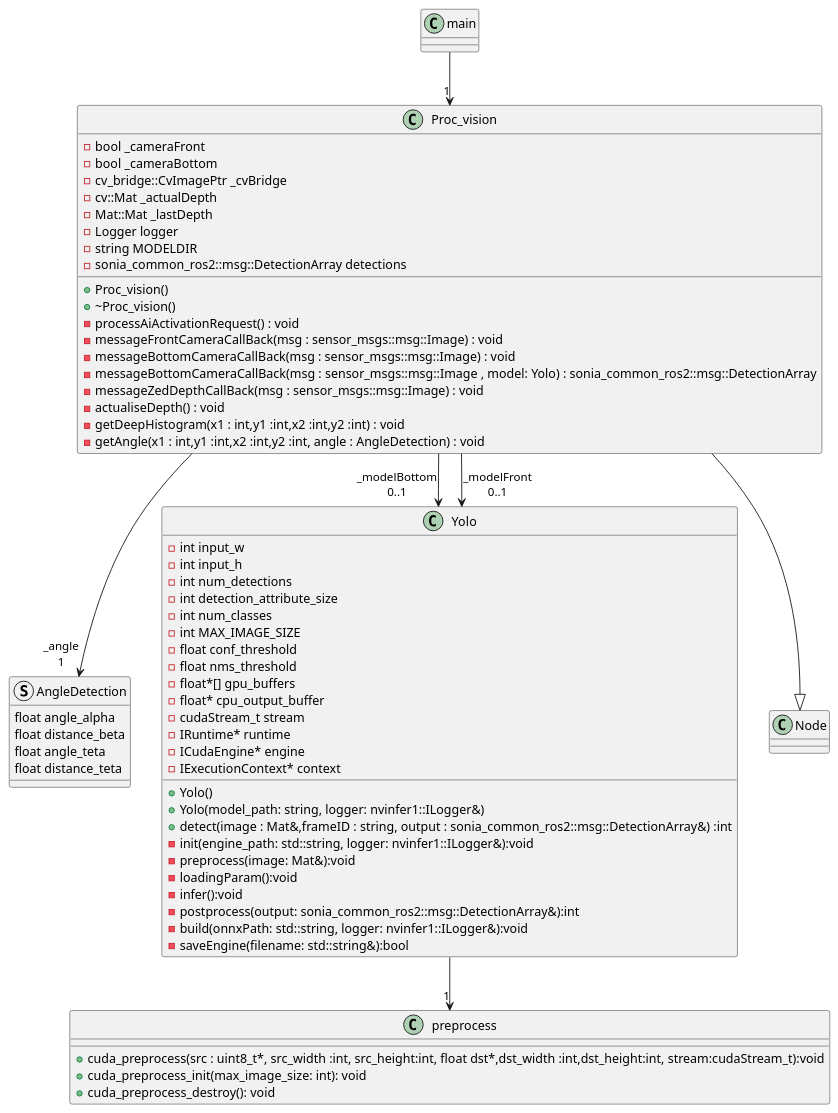
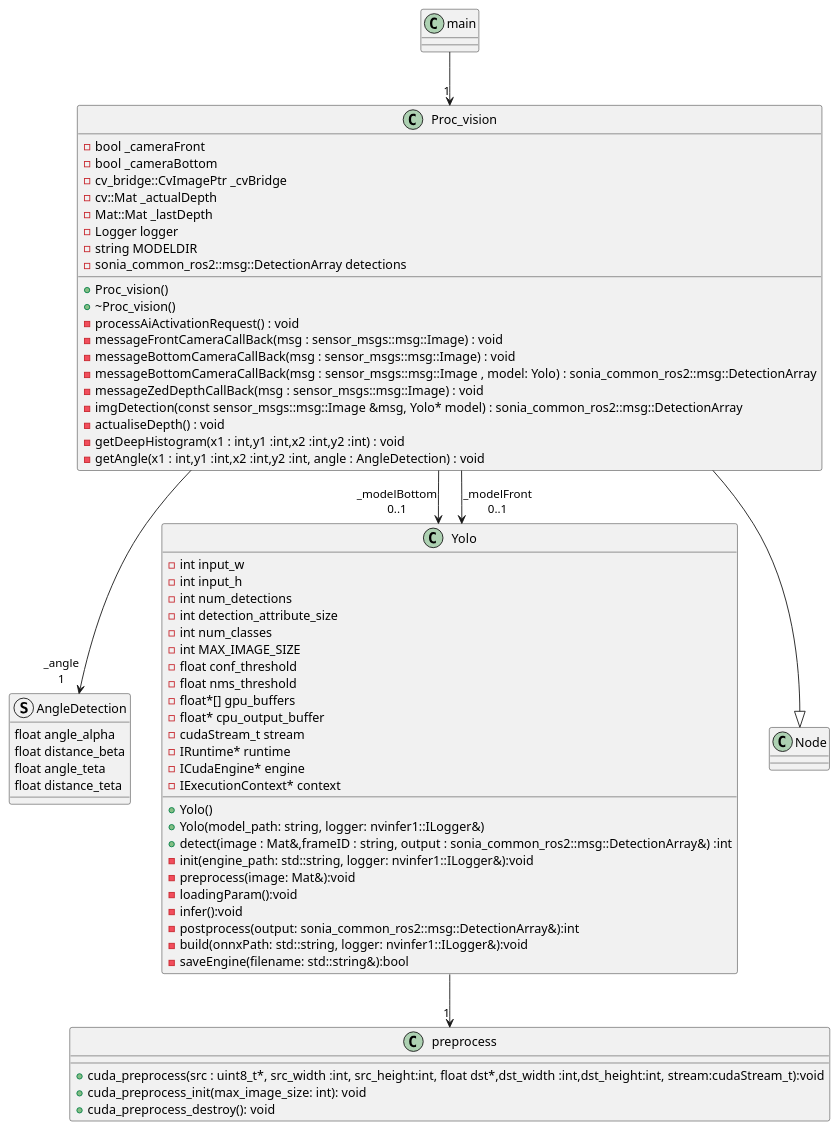
One commit to sonia-auv/proc_vision_ros2 changed the diagram in doc/ClassDiagram.wsd. Above: the diagram before and after it, drawn with PlantUML. The commit also changed 1 other file, not shown here.

Commit message:
update diagramm

```diff
--- a/doc/ClassDiagram.wsd
+++ b/doc/ClassDiagram.wsd
@@ -1,75 +1,76 @@
 @startuml
 class main{
 }
 
 class Proc_vision{
     - bool _cameraFront
     - bool _cameraBottom
     - cv_bridge::CvImagePtr _cvBridge
     - cv::Mat _actualDepth
     - Mat::Mat _lastDepth
     - Logger logger
     - string MODELDIR
     - sonia_common_ros2::msg::DetectionArray detections
 
     + Proc_vision()
     + ~Proc_vision()
     - processAiActivationRequest() : void
     - messageFrontCameraCallBack(msg : sensor_msgs::msg::Image) : void
     - messageBottomCameraCallBack(msg : sensor_msgs::msg::Image) : void
     - messageBottomCameraCallBack(msg : sensor_msgs::msg::Image , model: Yolo) : sonia_common_ros2::msg::DetectionArray
     - messageZedDepthCallBack(msg : sensor_msgs::msg::Image) : void
+    - imgDetection(const sensor_msgs::msg::Image &msg, Yolo* model) : sonia_common_ros2::msg::DetectionArray
     - actualiseDepth() : void
     - getDeepHistogram(x1 : int,y1 :int,x2 :int,y2 :int) : void
     - getAngle(x1 : int,y1 :int,x2 :int,y2 :int, angle : AngleDetection) : void
 }
 
 struct AngleDetection{
     float angle_alpha
     float distance_beta
     float angle_teta
     float distance_teta
 }
 
 class Yolo{
     - int input_w
     - int input_h
     - int num_detections
     - int detection_attribute_size
     - int num_classes
     - int MAX_IMAGE_SIZE
     - float conf_threshold
     - float nms_threshold
     - float*[] gpu_buffers
     - float* cpu_output_buffer
     - cudaStream_t stream
     - IRuntime* runtime
     - ICudaEngine* engine
     - IExecutionContext* context
 
     + Yolo()
     + Yolo(model_path: string, logger: nvinfer1::ILogger&)
     + detect(image : Mat&,frameID : string, output : sonia_common_ros2::msg::DetectionArray&) :int
     - init(engine_path: std::string, logger: nvinfer1::ILogger&):void
     - preprocess(image: Mat&):void
     - loadingParam():void
     - infer():void
     - postprocess(output: sonia_common_ros2::msg::DetectionArray&):int
     - build(onnxPath: std::string, logger: nvinfer1::ILogger&):void
     - saveEngine(filename: std::string&):bool
 }
 
 
 class preprocess{
     + cuda_preprocess(src : uint8_t*, src_width :int, src_height:int, float dst*,dst_width :int,dst_height:int, stream:cudaStream_t):void
     + cuda_preprocess_init(max_image_size: int): void
     + cuda_preprocess_destroy(): void
 }
 
 main--> "1" Proc_vision
 Proc_vision--> "_angle\n1" AngleDetection
 Proc_vision --|> Node
 Proc_vision--> "_modelBottom\n0..1" Yolo
 Proc_vision--> "_modelFront\n0..1" Yolo
 Yolo--> "1" preprocess
 @enduml
```
